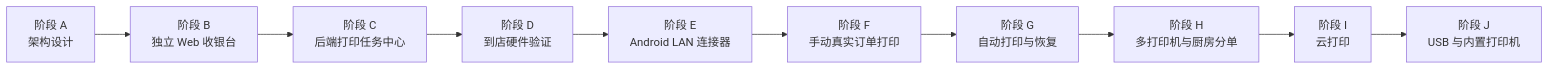
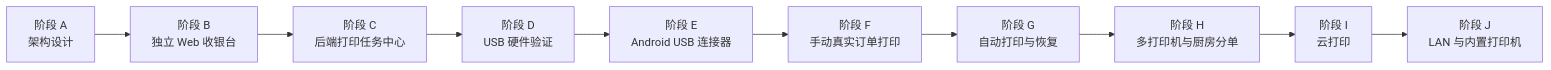
One commit to peten001/HuayueLife-MVP changed the diagram in docs/printing-v1/05_PRINTING_IMPLEMENTATION_PLAN_V1.md. Above: the diagram before and after it, drawn with Mermaid. The commit also changed other lines of this file and 38 other files, not shown here.

Commit message:
feat: add android usb printer smoke test

````diff
--- a/docs/printing-v1/05_PRINTING_IMPLEMENTATION_PLAN_V1.md
+++ b/docs/printing-v1/05_PRINTING_IMPLEMENTATION_PLAN_V1.md
@@ -16,12 +18,12 @@
 ```mermaid
 flowchart LR
     A[阶段 A<br/>架构设计] --> B[阶段 B<br/>独立 Web 收银台]
     B --> C[阶段 C<br/>后端打印任务中心]
-    C --> D[阶段 D<br/>到店硬件验证]
-    D --> E[阶段 E<br/>Android LAN 连接器]
+    C --> D[阶段 D<br/>USB 硬件验证]
+    D --> E[阶段 E<br/>Android USB 连接器]
     E --> F[阶段 F<br/>手动真实订单打印]
     F --> G[阶段 G<br/>自动打印与恢复]
     G --> H[阶段 H<br/>多打印机与厨房分单]
     H --> I[阶段 I<br/>云打印]
-    I --> J[阶段 J<br/>USB 与内置打印机]
+    I --> J[阶段 J<br/>LAN 与内置打印机]
 ```
````
